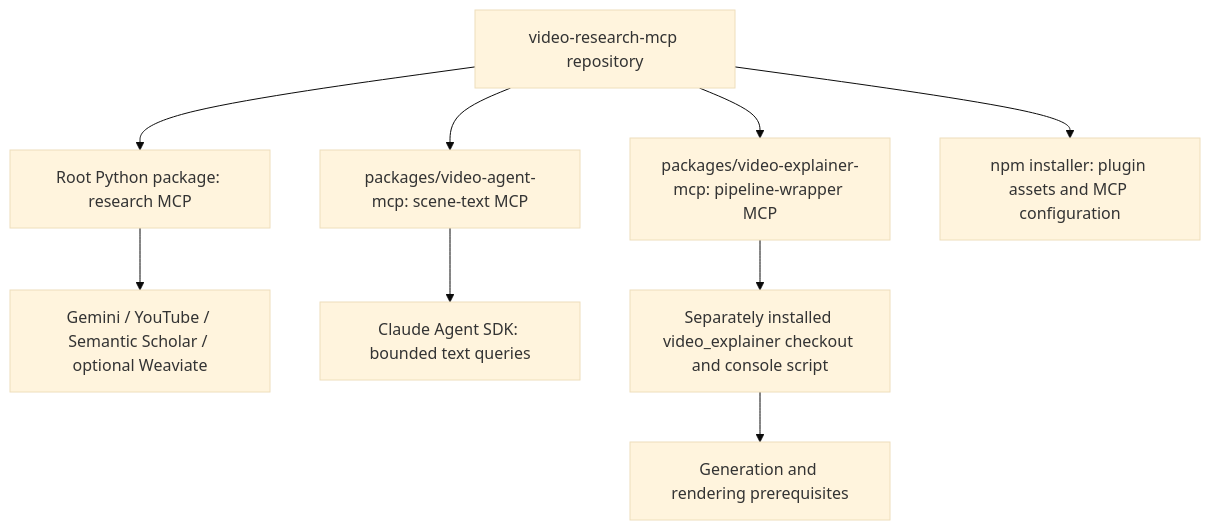
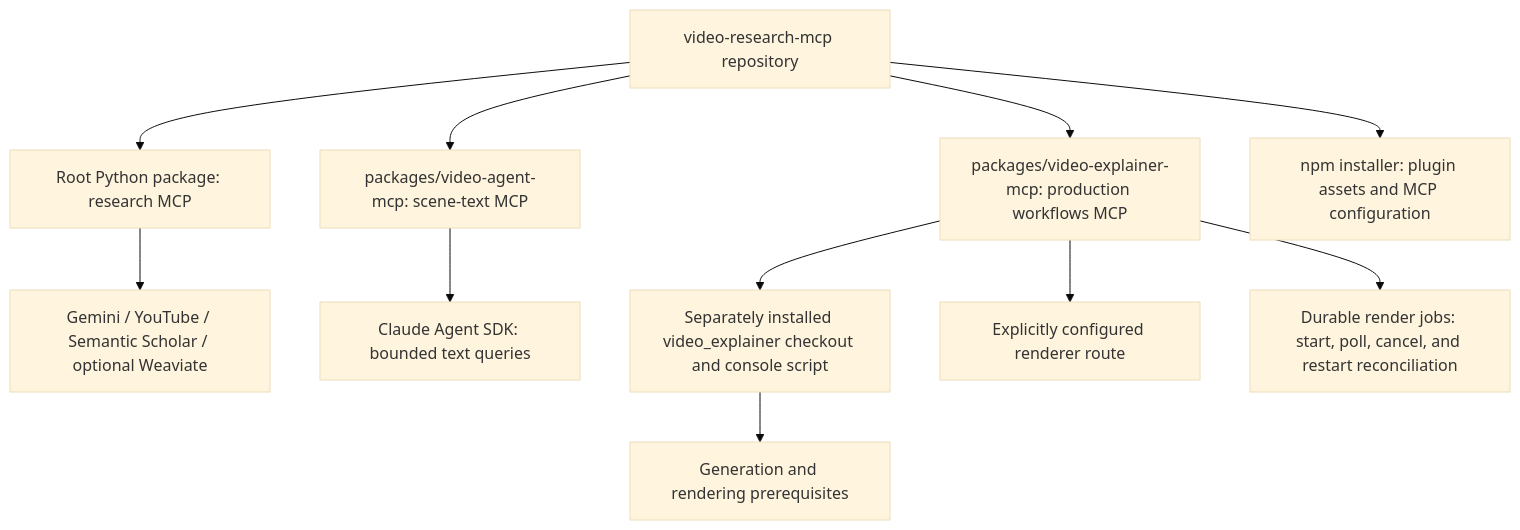
The seventh of 9 diagrams in docs/DIAGRAMS.md (Galbaz1/video-research-mcp), drawn with Mermaid (base theme) before and after one commit. The commit also changed other lines of this file and 101 other files, not shown here.

````diff
--- a/docs/DIAGRAMS.md
+++ b/docs/DIAGRAMS.md
@@ -217,11 +227,13 @@
 ```mermaid
 flowchart TD
     Repo["video-research-mcp repository"] --> Research["Root Python package: research MCP"]
     Repo --> Agent["packages/video-agent-mcp: scene-text MCP"]
-    Repo --> Explainer["packages/video-explainer-mcp: pipeline-wrapper MCP"]
+    Repo --> Explainer["packages/video-explainer-mcp: production workflows MCP"]
     Repo --> NPM["npm installer: plugin assets and MCP configuration"]
     Research --> Gemini["Gemini / YouTube / Semantic Scholar / optional Weaviate"]
     Agent --> SDK["Claude Agent SDK: bounded text queries"]
     Explainer --> Upstream["Separately installed video_explainer checkout and console script"]
+    Explainer --> Renderer["Explicitly configured renderer route"]
+    Explainer --> Jobs["Durable render jobs: start, poll, cancel, and restart reconciliation"]
     Upstream --> Providers["Generation and rendering prerequisites"]
 ```
````
